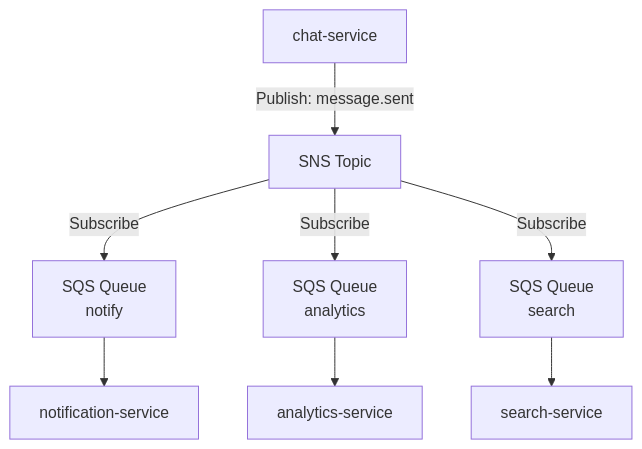
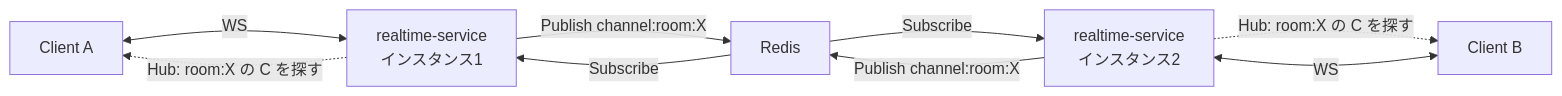
Before and after one commit to shunto-ishiguro/go-microservices-chat: the third of 4 diagrams in docs/learning/phase-4.md, drawn with Mermaid. The commit also changed other lines of this file and 3 other files, not shown here.

````diff
--- a/docs/learning/phase-4.md
+++ b/docs/learning/phase-4.md
@@ -374,10 +515,11 @@
 ```mermaid
-graph TD
-    CS[chat-service] -->|"Publish: message.sent"| SNS[SNS Topic]
-    SNS -->|Subscribe| SQ1["SQS Queue<br/>notify"]
-    SNS -->|Subscribe| SQ2["SQS Queue<br/>analytics"]
-    SNS -->|Subscribe| SQ3["SQS Queue<br/>search"]
-    SQ1 --> NS[notification-service]
-    SQ2 --> AS[analytics-service]
-    SQ3 --> SS[search-service]
+graph LR
+    CA[Client A] <-->|WS| RS1["realtime-service<br/>インスタンス1"]
+    CB[Client B] <-->|WS| RS2["realtime-service<br/>インスタンス2"]
+    RS1 -->|Publish channel:room:X| R[Redis]
+    RS2 -->|Publish channel:room:X| R
+    R -->|Subscribe| RS1
+    R -->|Subscribe| RS2
+    RS1 -.->|Hub: room:X の C を探す| CA
+    RS2 -.->|Hub: room:X の C を探す| CB
 ```
````
